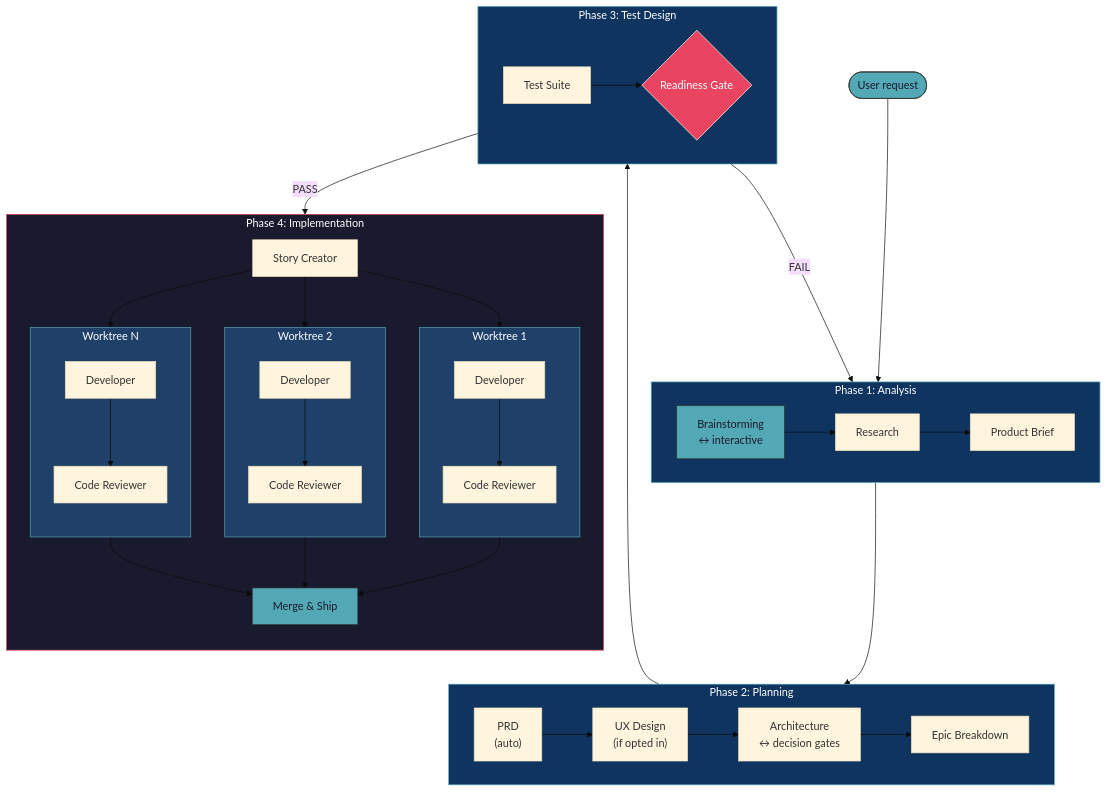
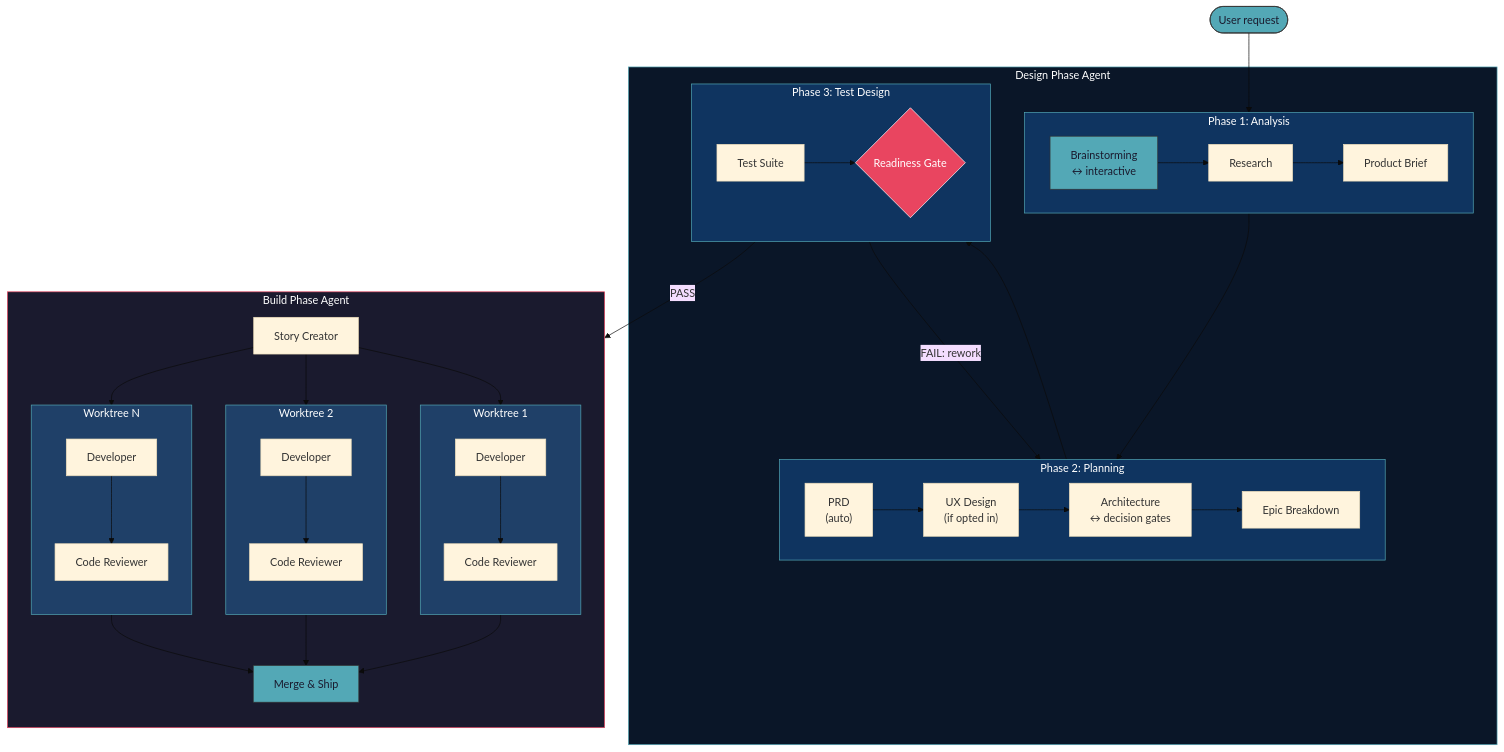
One commit to costa-marcello/CodeMAD changed the second of 2 diagrams in project.md. Above: the diagram before and after it, drawn with Mermaid (base theme). The commit also changed other lines of this file, not shown here.

First line of the commit message:
docs: add three-tier agent hierarchy with phase agents

````diff
--- a/project.md
+++ b/project.md
@@ -524,64 +536,68 @@
 ```mermaid
 flowchart TB
     START([User request]) --> BRAIN
 
-    subgraph P1["Phase 1: Analysis"]
-        direction LR
-        BRAIN["Brainstorming\n↔ interactive"] --> RES[Research]
-        RES --> BRIEF[Product Brief]
+    subgraph DESIGN["Design Phase Agent"]
+        subgraph P1["Phase 1: Analysis"]
+            direction LR
+            BRAIN["Brainstorming\n↔ interactive"] --> RES[Research]
+            RES --> BRIEF[Product Brief]
+        end
+
+        BRIEF --> PRD
+
+        subgraph P2["Phase 2: Planning"]
+            direction LR
+            PRD["PRD\n(auto)"] --> UX["UX Design\n(if opted in)"]
+            UX --> ARCH["Architecture\n↔ decision gates"]
+            ARCH --> EPIC[Epic Breakdown]
+        end
+
+        EPIC --> TEST
+
+        subgraph P3["Phase 3: Test Design"]
+            direction LR
+            TEST[Test Suite] --> GATE{Readiness Gate}
+        end
+
+        GATE -->|"FAIL: rework"| ARCH
     end
 
-    BRIEF --> PRD
-
-    subgraph P2["Phase 2: Planning"]
-        direction LR
-        PRD["PRD\n(auto)"] --> UX["UX Design\n(if opted in)"]
-        UX --> ARCH["Architecture\n↔ decision gates"]
-        ARCH --> EPIC[Epic Breakdown]
-    end
-
-    EPIC --> TEST
-
-    subgraph P3["Phase 3: Test Design"]
-        direction LR
-        TEST[Test Suite] --> GATE{Readiness Gate}
-    end
-
-    GATE -->|FAIL| BRAIN
     GATE -->|PASS| STORY
 
-    subgraph P4["Phase 4: Implementation"]
+    subgraph BUILD["Build Phase Agent"]
         direction TB
 
         STORY[Story Creator] --> D1 & D2 & DN
 
         subgraph WT1["Worktree 1"]
             direction TB
             D1[Developer] --> R1[Code Reviewer]
         end
 
         subgraph WT2["Worktree 2"]
             direction TB
             D2[Developer] --> R2[Code Reviewer]
         end
 
         subgraph WTN["Worktree N"]
             direction TB
             DN[Developer] --> RN[Code Reviewer]
         end
 
         R1 & R2 & RN --> SHIP[Merge & Ship]
     end
 
     style START fill:#53a8b6,stroke:#333,color:#1a1a2e
     style BRAIN fill:#53a8b6,stroke:#333,color:#1a1a2e
+    style DESIGN fill:#0a1628,stroke:#53a8b6,color:#fff
+    style BUILD fill:#1a1a2e,stroke:#e94560,color:#fff
     style P1 fill:#0f3460,stroke:#53a8b6,color:#fff
     style P2 fill:#0f3460,stroke:#53a8b6,color:#fff
     style P3 fill:#0f3460,stroke:#53a8b6,color:#fff
-    style P4 fill:#1a1a2e,stroke:#e94560,color:#fff
     style WT1 fill:#1f4068,stroke:#53a8b6,color:#fff
     style WT2 fill:#1f4068,stroke:#53a8b6,color:#fff
     style WTN fill:#1f4068,stroke:#53a8b6,color:#fff
     style GATE fill:#e94560,stroke:#fff,color:#fff
     style SHIP fill:#53a8b6,stroke:#333,color:#1a1a2e
 ```
````
